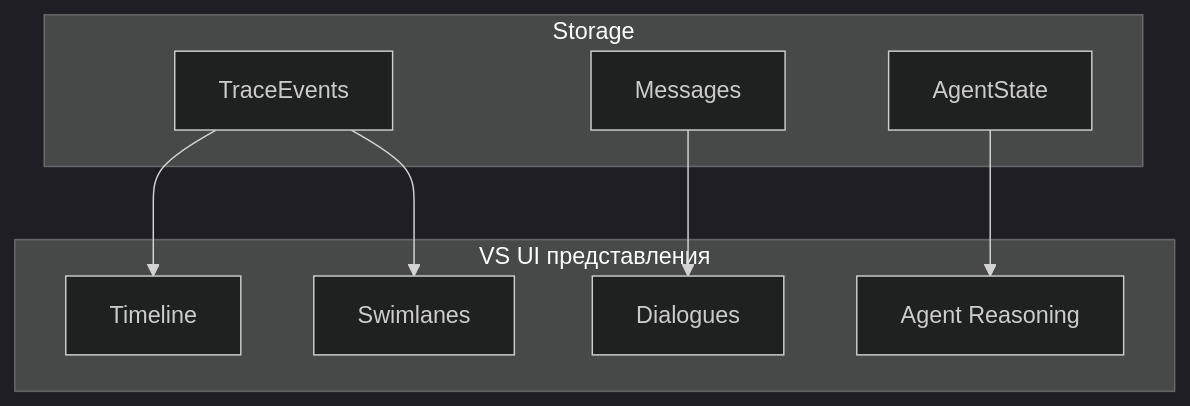
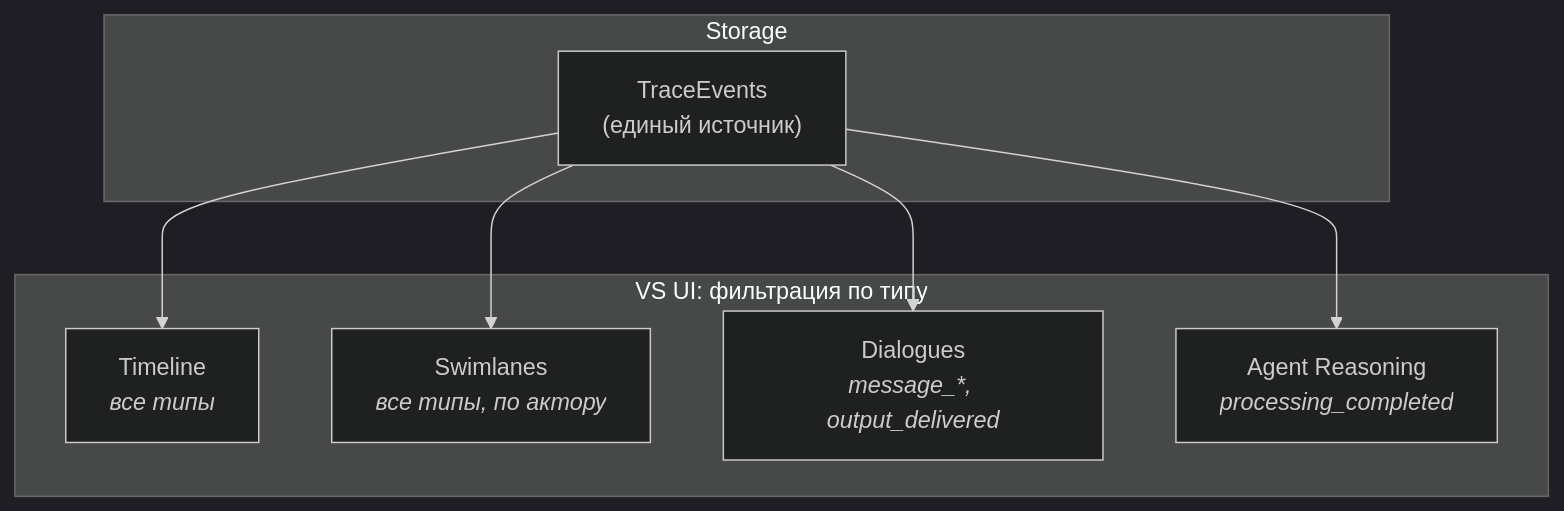
One commit to Dieugene/team-assistant changed the second of 2 diagrams in 00_docs/architecture/visualization/overview.md. Above: the diagram before and after it, drawn with Mermaid (dark theme). The commit also changed other lines of this file and 1 other file, not shown here.

````diff
--- a/00_docs/architecture/visualization/overview.md
+++ b/00_docs/architecture/visualization/overview.md
@@ -143,20 +171,18 @@
 ```mermaid
 graph TB
     subgraph Storage
-        TE["TraceEvents"]
-        MSG["Messages"]
-        AS["AgentState"]
+        TE["TraceEvents<br/>(единый источник)"]
     end
 
-    subgraph "VS UI представления"
-        TL["Timeline"]
-        SW["Swimlanes"]
-        DL["Dialogues"]
-        AR["Agent Reasoning"]
+    subgraph "VS UI: фильтрация по типу"
+        TL["Timeline<br/><i>все типы</i>"]
+        SW["Swimlanes<br/><i>все типы, по актору</i>"]
+        DL["Dialogues<br/><i>message_*, output_delivered</i>"]
+        AR["Agent Reasoning<br/><i>processing_completed</i>"]
     end
 
     TE --> TL
     TE --> SW
-    MSG --> DL
-    AS --> AR
+    TE --> DL
+    TE --> AR
 ```
````
